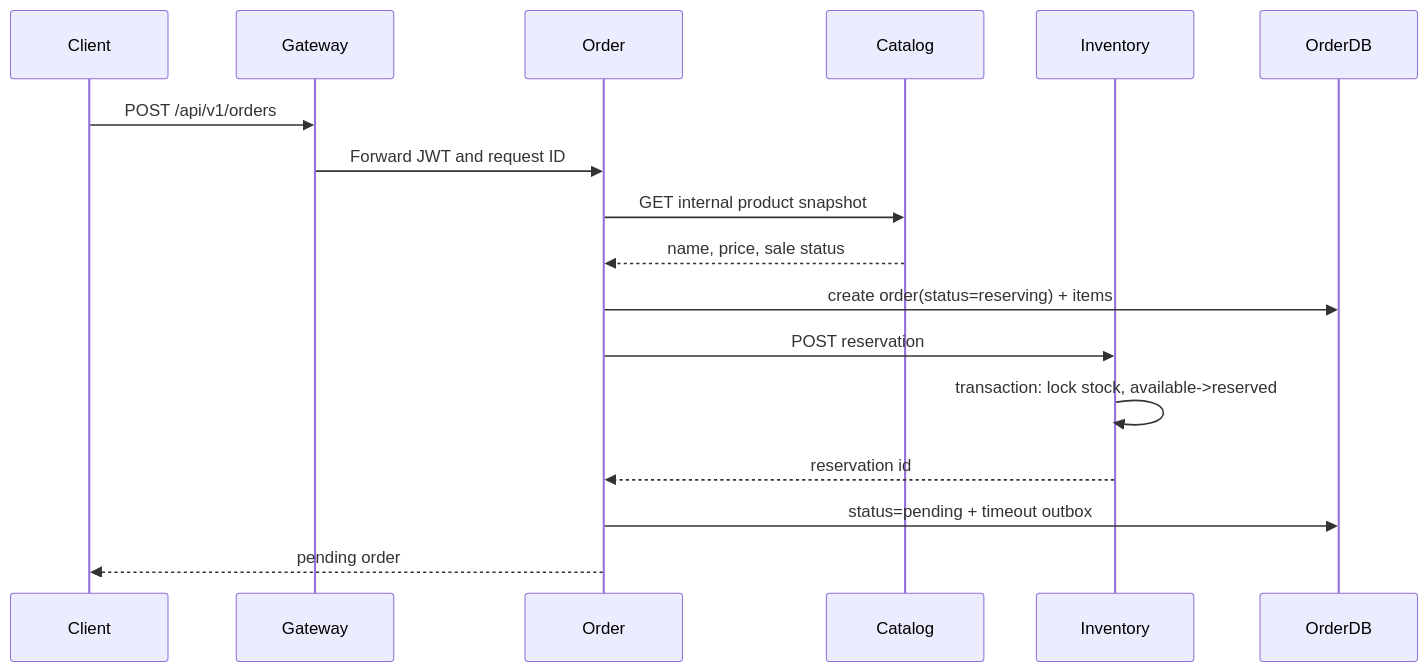
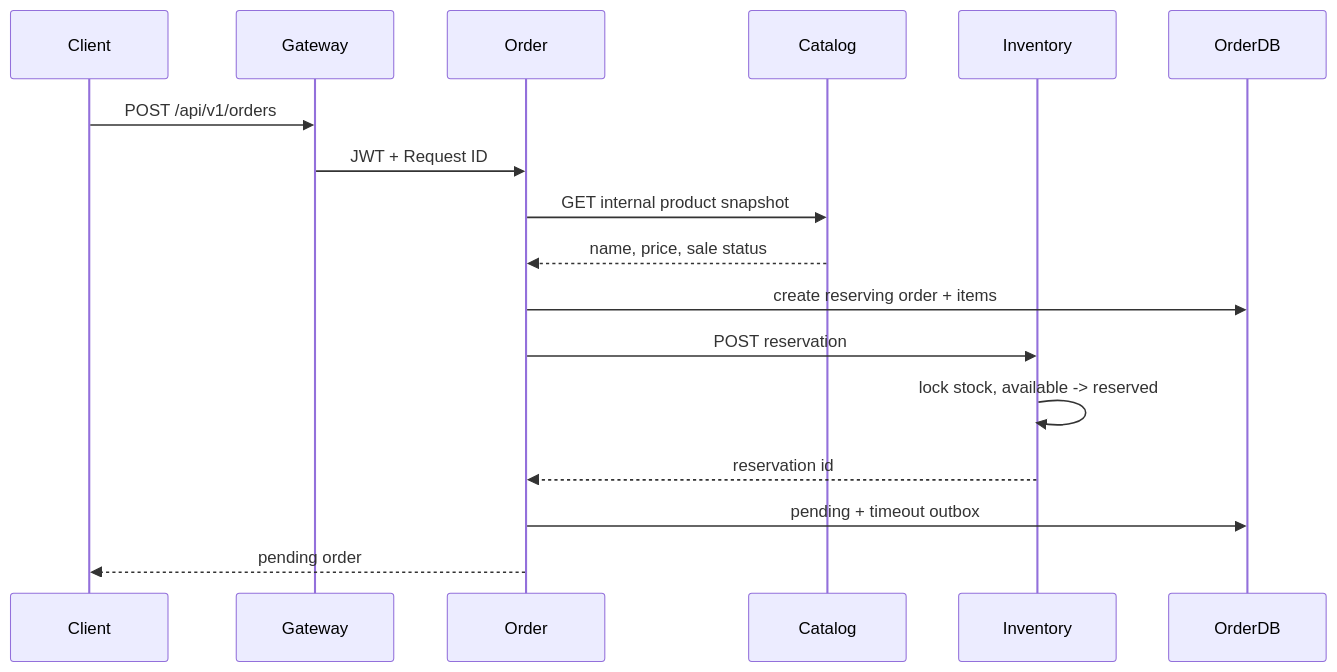
One commit to Yotoha0303/go-order-management-system-cloudnative-lab changed the second of 2 diagrams in docs/architecture/microservices-v2-data-ownership.md. Above: the diagram before and after it, drawn with Mermaid. The commit also changed other lines of this file and 5 other files, not shown here.

````diff
--- a/docs/architecture/microservices-v2-data-ownership.md
+++ b/docs/architecture/microservices-v2-data-ownership.md
@@ -33,20 +81,20 @@
 ```mermaid
 sequenceDiagram
     participant Client
     participant Gateway
     participant Order
     participant Catalog
     participant Inventory
     participant OrderDB
 
     Client->>Gateway: POST /api/v1/orders
-    Gateway->>Order: Forward JWT and request ID
+    Gateway->>Order: JWT + Request ID
     Order->>Catalog: GET internal product snapshot
     Catalog-->>Order: name, price, sale status
-    Order->>OrderDB: create order(status=reserving) + items
+    Order->>OrderDB: create reserving order + items
     Order->>Inventory: POST reservation
-    Inventory->>Inventory: transaction: lock stock, available->reserved
+    Inventory->>Inventory: lock stock, available -> reserved
     Inventory-->>Order: reservation id
-    Order->>OrderDB: status=pending + timeout outbox
+    Order->>OrderDB: pending + timeout outbox
     Order-->>Client: pending order
 ```
````
